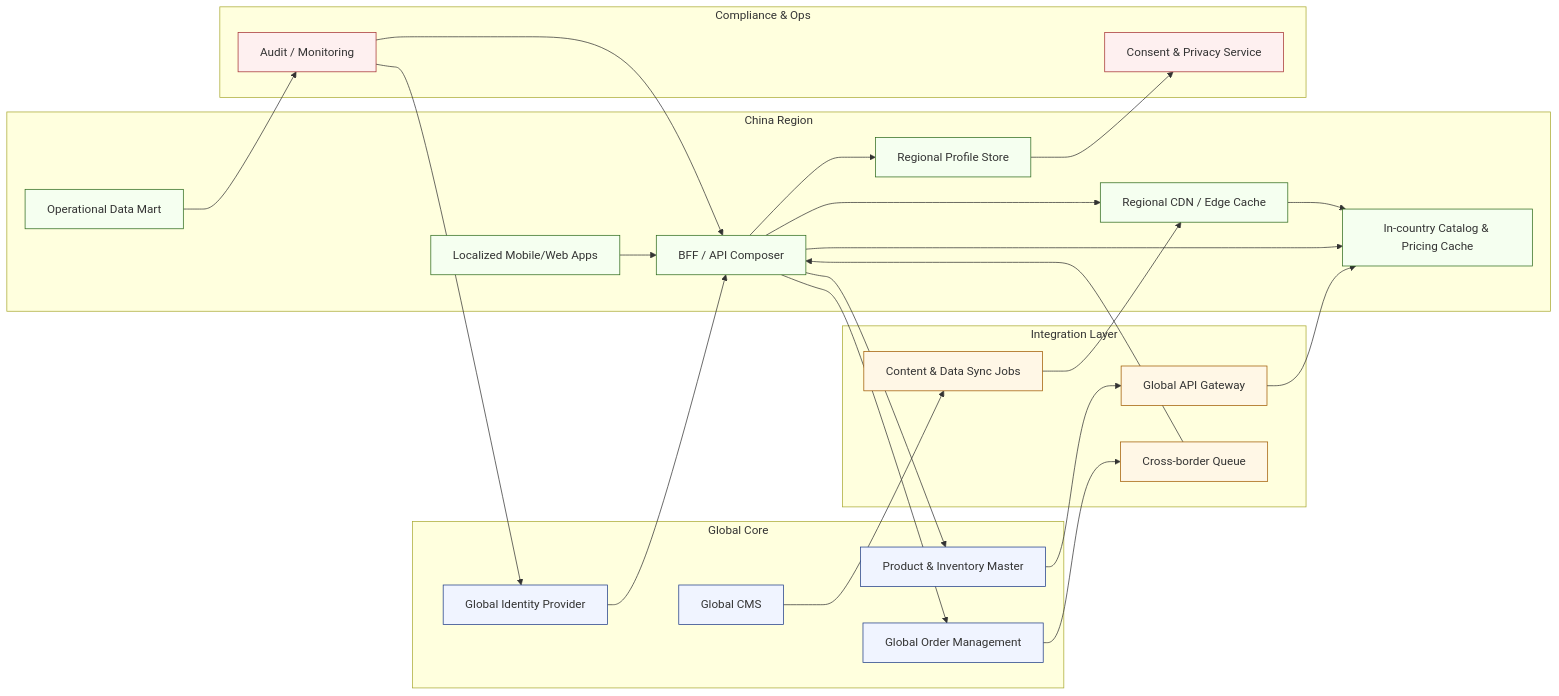
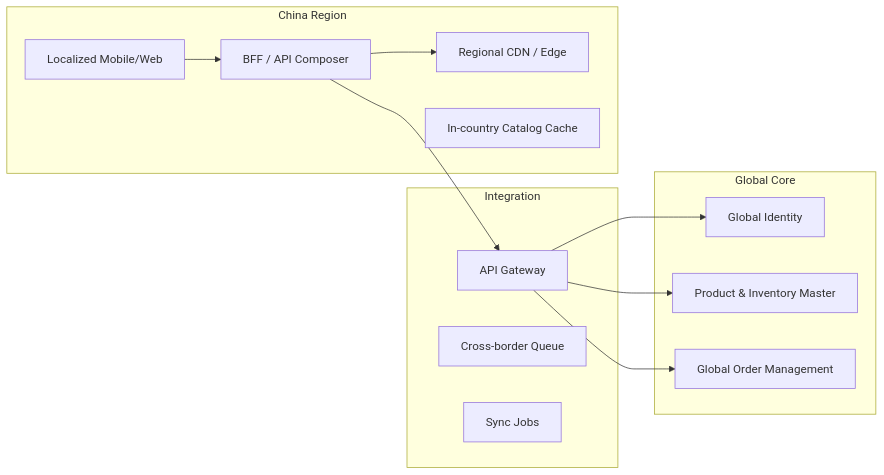
One commit to binartist/about-me changed the diagram in project-glob_ecom.md. Above: the diagram before and after it, drawn with Mermaid. The commit also changed other lines of this file and 28 other files, not shown here.

First line of the commit message:
Rebuild portfolio as a product catalog with shared project pages.

````diff
--- a/project-glob_ecom.md
+++ b/project-glob_ecom.md
@@ -10,55 +14,25 @@
 ```mermaid
 flowchart LR
-	subgraph Global Core
-		GlobalIdP[Global Identity Provider]
-		MasterData[Product & Inventory Master]
-		OrderSys[Global Order Management]
-		GlobalCMS[Global CMS]
-	end
-
-	subgraph Integration Layer
-		APIHub[Global API Gateway]
-		Queue[Cross-border Queue]
-		SyncJobs[Content & Data Sync Jobs]
-	end
-
-	subgraph China Region
-		BFF[BFF / API Composer]
-		Mobile[Localized Mobile/Web Apps]
-		EdgeCache[Regional CDN / Edge Cache]
-		CatalogCN[In-country Catalog & Pricing Cache]
-		IdentityCN[Regional Profile Store]
-		DataLakeCN[Operational Data Mart]
-	end
-
-	subgraph Compliance & Ops
-		Audit[Audit / Monitoring]
-		Consent[Consent & Privacy Service]
-	end
-
-	Mobile --> BFF
-	BFF --> EdgeCache
-	EdgeCache --> CatalogCN
-	BFF --> CatalogCN
-	BFF --> IdentityCN
-	BFF --> OrderSys
-	BFF --> MasterData
-
-	GlobalCMS --> SyncJobs --> EdgeCache
-	MasterData --> APIHub --> CatalogCN
-	OrderSys --> Queue --> BFF
-	GlobalIdP --> BFF
-	IdentityCN --> Consent
-	Audit --> GlobalIdP
-	Audit --> BFF
-	DataLakeCN --> Audit
-
-	classDef global fill:#f0f4ff,stroke:#1f3c88,stroke-width:1px;
-	classDef china fill:#f5fff0,stroke:#2f6b1d,stroke-width:1px;
-	classDef integration fill:#fff7e6,stroke:#a05a00,stroke-width:1px;
-	classDef compliance fill:#fef0f0,stroke:#a63232,stroke-width:1px;
-	class GlobalIdP,MasterData,OrderSys,GlobalCMS global;
-	class APIHub,Queue,SyncJobs integration;
-	class BFF,Mobile,EdgeCache,CatalogCN,IdentityCN,DataLakeCN china;
-	class Audit,Consent compliance;
+  subgraph Global Core
+    GlobalIdP[Global Identity]
+    MasterData[Product & Inventory Master]
+    OrderSys[Global Order Management]
+  end
+  subgraph Integration
+    APIHub[API Gateway]
+    Queue[Cross-border Queue]
+    SyncJobs[Sync Jobs]
+  end
+  subgraph China Region
+    BFF[BFF / API Composer]
+    Mobile[Localized Mobile/Web]
+    EdgeCache[Regional CDN / Edge]
+    CatalogCN[In-country Catalog Cache]
+  end
+  Mobile --> BFF
+  BFF --> EdgeCache
+  BFF --> APIHub
+  APIHub --> GlobalIdP
+  APIHub --> MasterData
+  APIHub --> OrderSys
 ```
````
